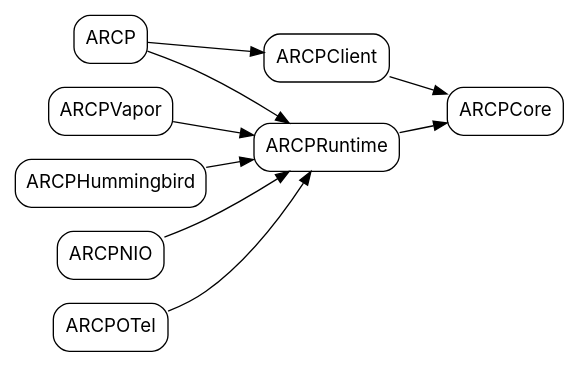
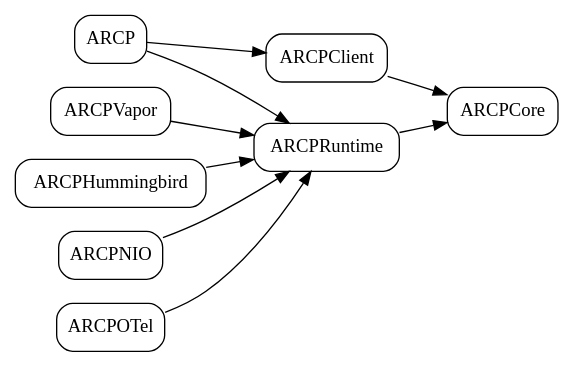
One commit to agentruntimecontrolprotocol/swift-sdk changed the diagram in docs/diagrams/target-dependency.dot. Above: the diagram before and after it, drawn with Graphviz. The commit also changed 7 other files, not shown here.

First line of the commit message:
Harmonize Graphviz diagrams with the ARCP design system

```diff
--- a/docs/diagrams/target-dependency.dot
+++ b/docs/diagrams/target-dependency.dot
@@ -1,15 +1,15 @@
 digraph ARCPTargets {
-  graph [rankdir=LR, fontname="Inter"]
-  node  [shape=box, style=rounded, fontname="Inter"]
-  edge  [fontname="Inter"]
+  graph [rankdir=LR, fontname="TT Commons Pro Trial"]
+  node  [shape=box, style=rounded, fontname="TT Commons Pro Trial"]
+  edge  [fontname="TT Commons Pro Trial"]
 
   ARCPCore
   ARCPClient       -> ARCPCore
   ARCPRuntime      -> ARCPCore
   ARCP             -> ARCPClient
   ARCP             -> ARCPRuntime
   ARCPVapor        -> ARCPRuntime
   ARCPHummingbird  -> ARCPRuntime
   ARCPNIO          -> ARCPRuntime
   ARCPOTel         -> ARCPRuntime
 }
```
